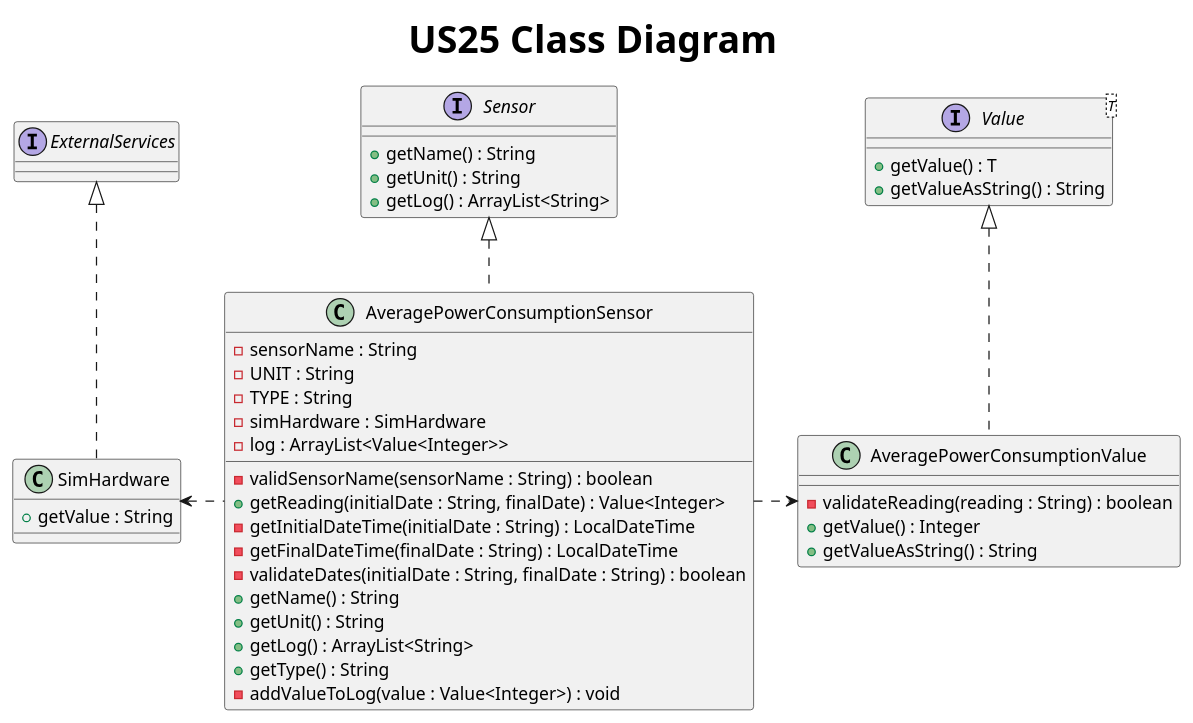
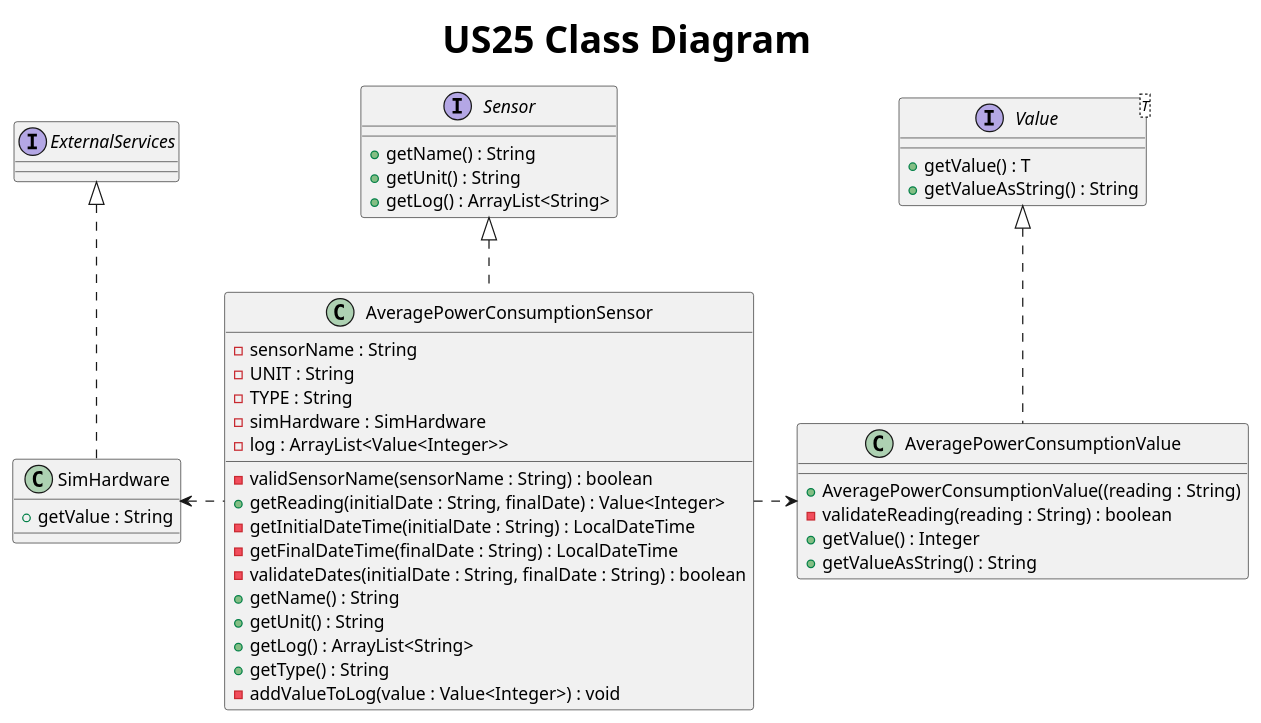
The diagram in Docs/US25/S3US25ClassDiagram.puml (AfonsoNeves77/smartHouse), drawn with PlantUML before and after one commit. The commit also changed 11 other files, not shown here.

Commit message:
Team review : Updated ClassDiagrams for sensors classes.

```diff
--- a/Docs/US25/S3US25ClassDiagram.puml
+++ b/Docs/US25/S3US25ClassDiagram.puml
@@ -1,53 +1,54 @@
 @startuml
 title <size: 30> US25 Class Diagram
 
 interface Sensor {
     + getName() : String
     + getUnit() : String
     + getLog() : ArrayList<String>
 }
 
 interface Value<T> {
     + getValue() : T
     + getValueAsString() : String
 }
 
 interface ExternalServices {
 
 }
 
 class AveragePowerConsumptionSensor{
     - sensorName : String
     - UNIT : String
     - TYPE : String
     - simHardware : SimHardware
     - log : ArrayList<Value<Integer>>
 
     - validSensorName(sensorName : String) : boolean
     + getReading(initialDate : String, finalDate) : Value<Integer>
     - getInitialDateTime(initialDate : String) : LocalDateTime
     - getFinalDateTime(finalDate : String) : LocalDateTime
     - validateDates(initialDate : String, finalDate : String) : boolean
     + getName() : String
     + getUnit() : String
     + getLog() : ArrayList<String>
     + getType() : String
     - addValueToLog(value : Value<Integer>) : void
 }
 
 class AveragePowerConsumptionValue {
+    + AveragePowerConsumptionValue((reading : String)
     - validateReading(reading : String) : boolean
     + getValue() : Integer
     + getValueAsString() : String
 }
 
 class SimHardware{
     + getValue : String
 }
 
 Value <|.. AveragePowerConsumptionValue
 Sensor <|.. AveragePowerConsumptionSensor
 ExternalServices <|.. SimHardware
 AveragePowerConsumptionSensor .right.> AveragePowerConsumptionValue
 AveragePowerConsumptionSensor .left.> SimHardware
 @enduml
```
